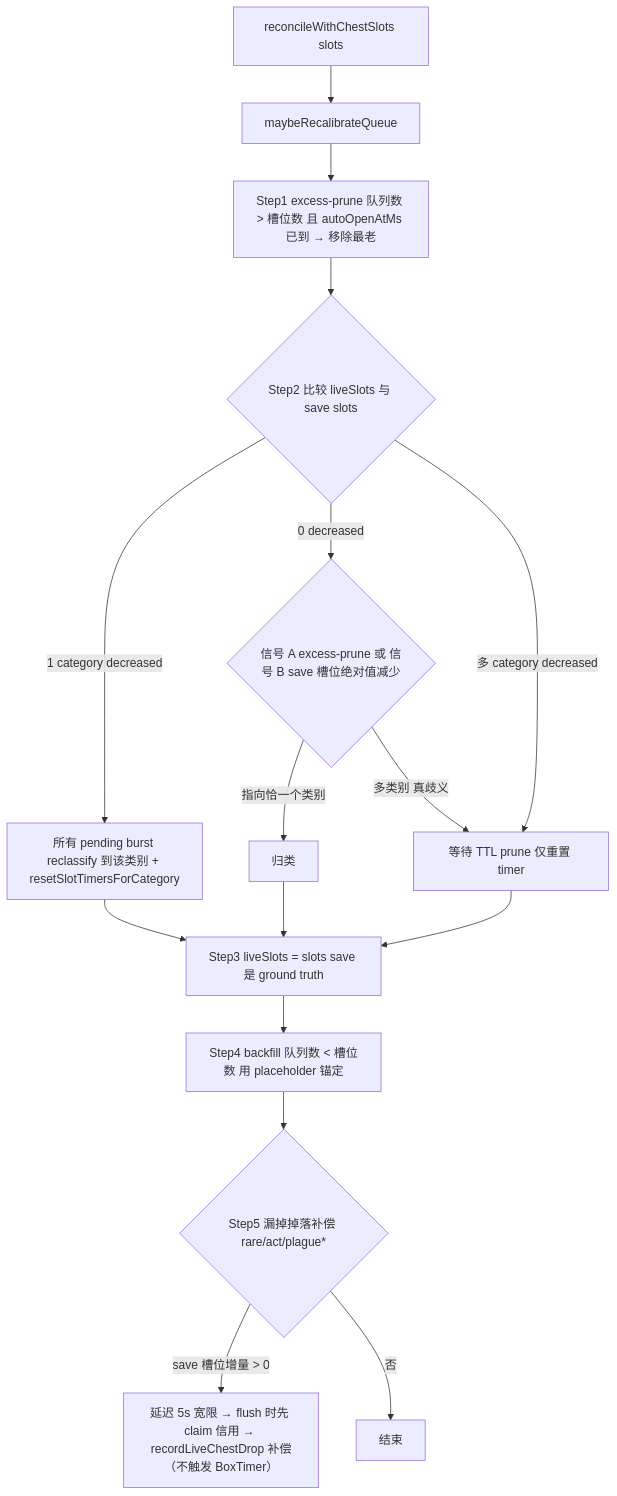
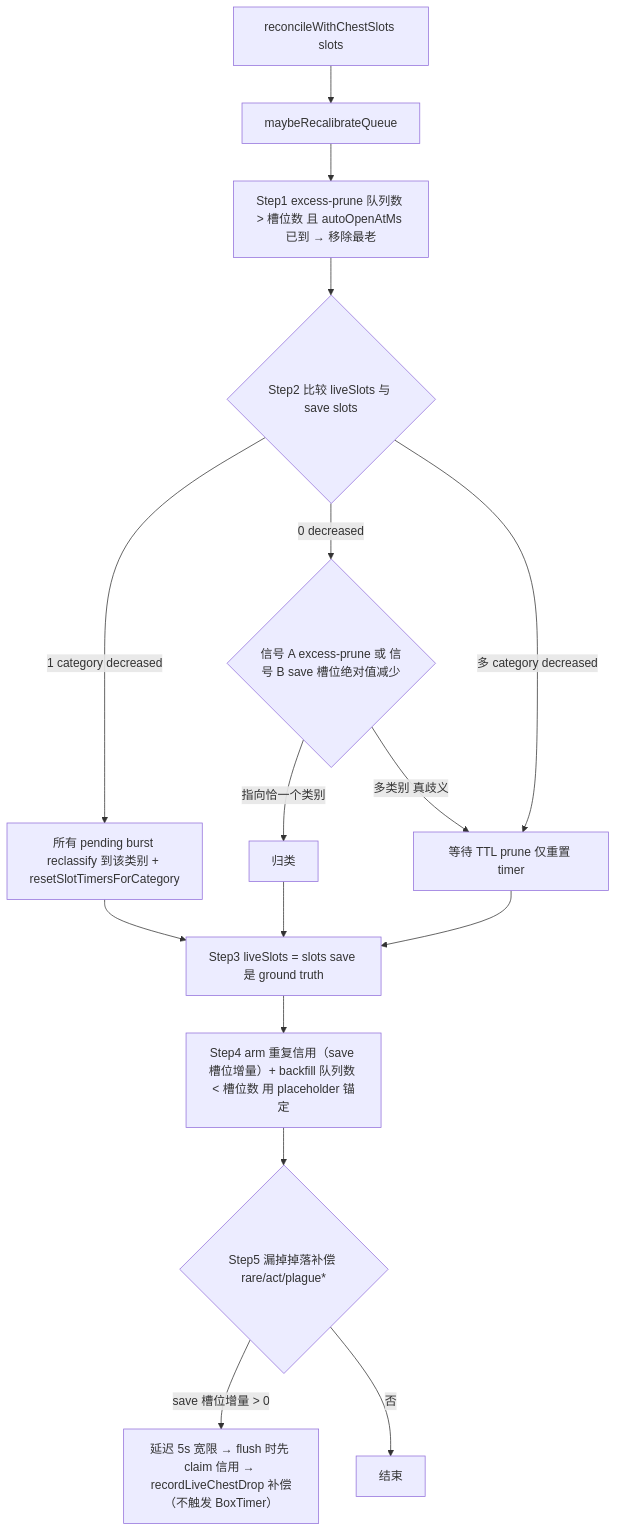
One commit to zioon/tbh-companion changed the fourth of 4 diagrams in docs/business-flows/09-chest-and-autoclassify.md. Above: the diagram before and after it, drawn with Mermaid. The commit also changed other lines of this file and 5 other files, not shown here.

````diff
--- a/docs/business-flows/09-chest-and-autoclassify.md
+++ b/docs/business-flows/09-chest-and-autoclassify.md
@@ -247,21 +252,21 @@
 ```mermaid
 %% TBH flow diagram
 flowchart TD
   Reconcile[reconcileWithChestSlots slots] --> Recalib[maybeRecalibrateQueue]
   Recalib --> Step1[Step1 excess-prune 队列数 > 槽位数 且 autoOpenAtMs 已到 → 移除最老]
   Step1 --> Step2{Step2 比较 liveSlots 与 save slots}
   Step2 -- 1 category decreased --> AllBurst[所有 pending burst reclassify 到该类别 + resetSlotTimersForCategory]
   Step2 -- 0 decreased --> Signals{信号 A excess-prune 或 信号 B save 槽位绝对值减少}
   Signals -- 指向恰一个类别 --> Classify[归类]
   Signals -- 多类别 真歧义 --> Wait[等待 TTL prune 仅重置 timer]
   Step2 -- 多 category decreased --> Wait
   Classify --> Step3[Step3 liveSlots = slots save 是 ground truth]
   AllBurst --> Step3
   Wait --> Step3
-  Step3 --> Step4[Step4 backfill 队列数 < 槽位数 用 placeholder 锚定]
+  Step3 --> Step4[Step4 arm 重复信用（save 槽位增量）+ backfill 队列数 < 槽位数 用 placeholder 锚定]
   Step4 --> Step5{Step5 漏掉掉落补偿 rare/act/plague*}
   Step5 -- save 槽位增量 > 0 --> Missed[延迟 5s 宽限 → flush 时先 claim 信用 → recordLiveChestDrop 补偿（不触发 BoxTimer）]
   Step5 -- 否 --> Done[结束]
   class Reconcile,Recalib,Step1,AllBurst,Classify,Wait,Step3,Step4,Missed data
   class Step2,Signals,Step5 dec
 ```
````
